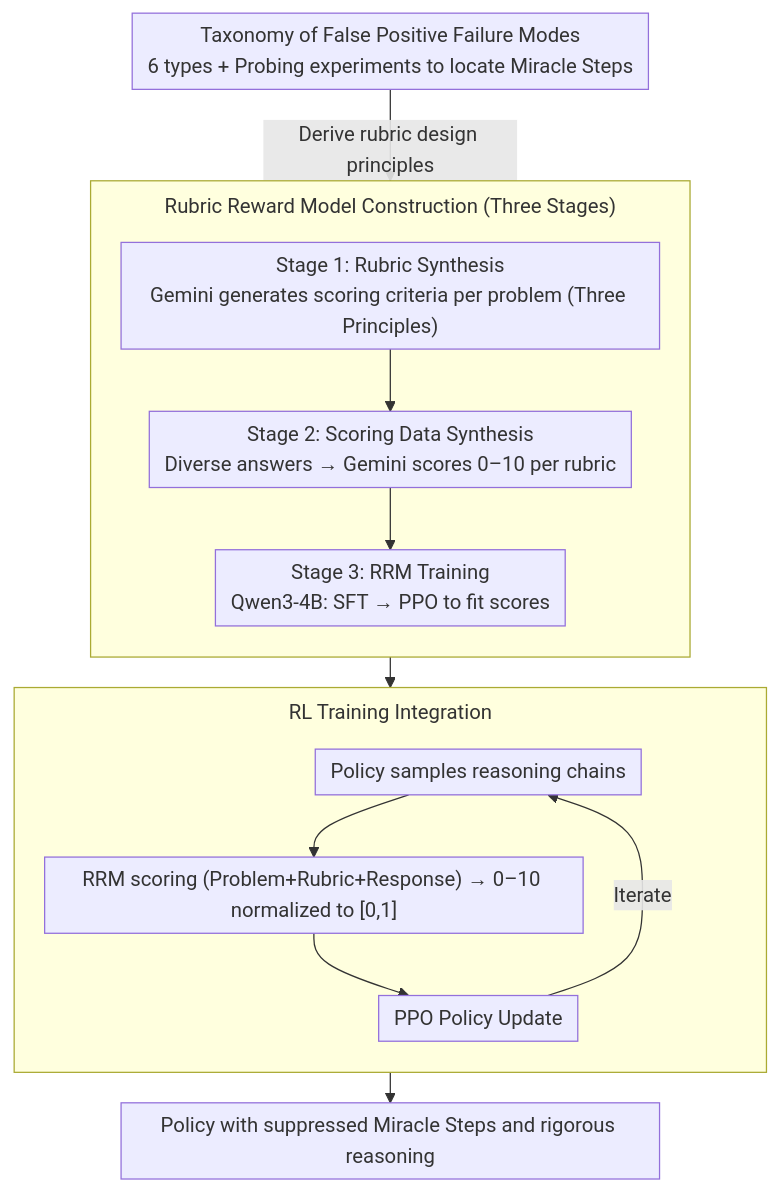
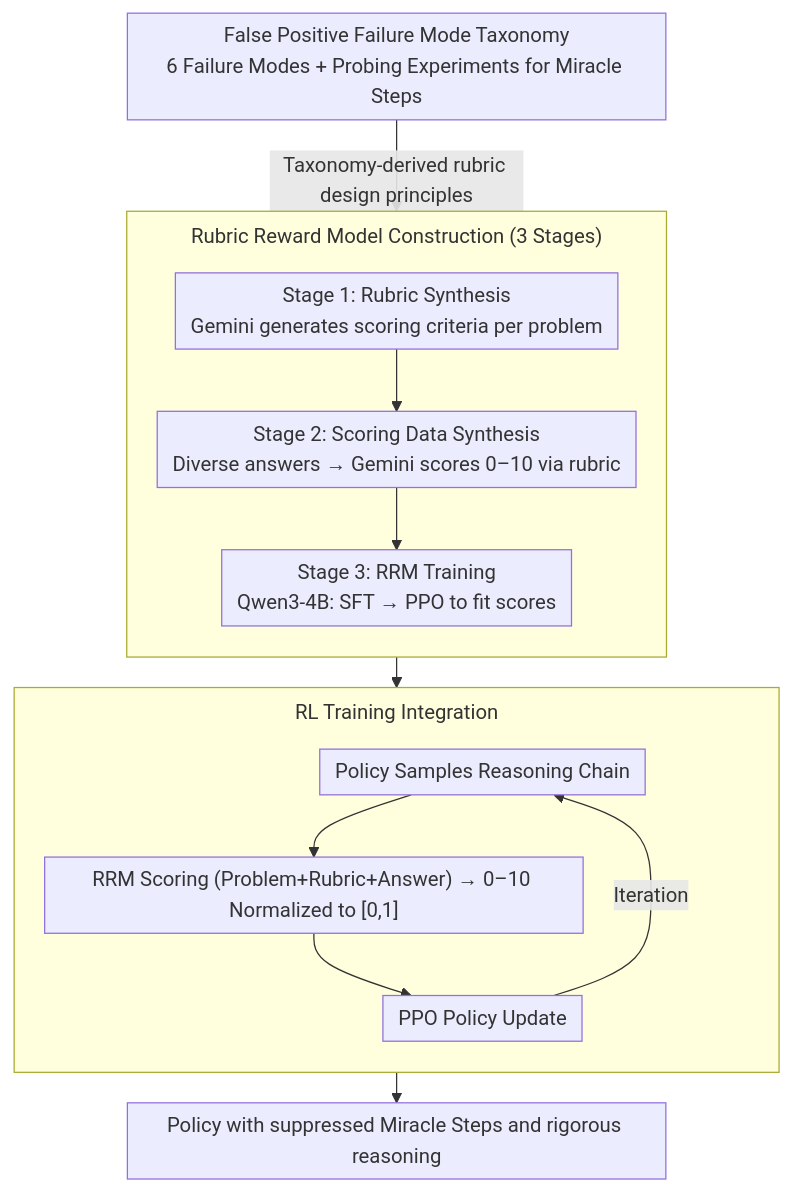
The diagram in docs/ACL2026/interpretability/curing_miracle_steps_in_llm_mathematical_reasoning_with_rubric_rewards.md (zhaoyang97/Paper-Notes-en), drawn with Mermaid before and after one commit. The commit also changed other lines of this file and 5084 other files, not shown here.

````diff
--- a/docs/ACL2026/interpretability/curing_miracle_steps_in_llm_mathematical_reasoning_with_rubric_rewards.md
+++ b/docs/ACL2026/interpretability/curing_miracle_steps_in_llm_mathematical_reasoning_with_rubric_rewards.md
@@ -45,23 +45,23 @@
 ```mermaid
 %%{init: {'flowchart': {'rankSpacing': 24, 'nodeSpacing': 28, 'padding': 6, 'wrappingWidth': 400, 'subGraphTitleMargin': {'top': 8, 'bottom': 16}}}}%%
 flowchart TD
-    T["Taxonomy of False Positive Failure Modes<br/>6 types + Probing experiments to locate Miracle Steps"]
-    subgraph RRM["Rubric Reward Model Construction (Three Stages)"]
+    T["False Positive Failure Mode Taxonomy<br/>6 Failure Modes + Probing Experiments for Miracle Steps"]
+    subgraph RRM["Rubric Reward Model Construction (3 Stages)"]
         direction TB
-        P1["Stage 1: Rubric Synthesis<br/>Gemini generates scoring criteria per problem (Three Principles)"]
-        P2["Stage 2: Scoring Data Synthesis<br/>Diverse answers → Gemini scores 0–10 per rubric"]
+        P1["Stage 1: Rubric Synthesis<br/>Gemini generates scoring criteria per problem"]
+        P2["Stage 2: Scoring Data Synthesis<br/>Diverse answers → Gemini scores 0–10 via rubric"]
         P3["Stage 3: RRM Training<br/>Qwen3-4B: SFT → PPO to fit scores"]
         P1 --> P2 --> P3
     end
-    T -->|Derive rubric design principles| RRM
+    T -->|Taxonomy-derived rubric design principles| RRM
     subgraph RL["RL Training Integration"]
         direction TB
-        S["Policy samples reasoning chains"]
-        R["RRM scoring (Problem+Rubric+Response) → 0–10 normalized to [0,1]"]
+        S["Policy Samples Reasoning Chain"]
+        R["RRM Scoring (Problem+Rubric+Answer) → 0–10 Normalized to [0,1]"]
         U["PPO Policy Update"]
         S --> R --> U
-        U -->|Iterate| S
+        U -->|Iteration| S
     end
     P3 --> S
     U --> O["Policy with suppressed Miracle Steps and rigorous reasoning"]
 ```
````
